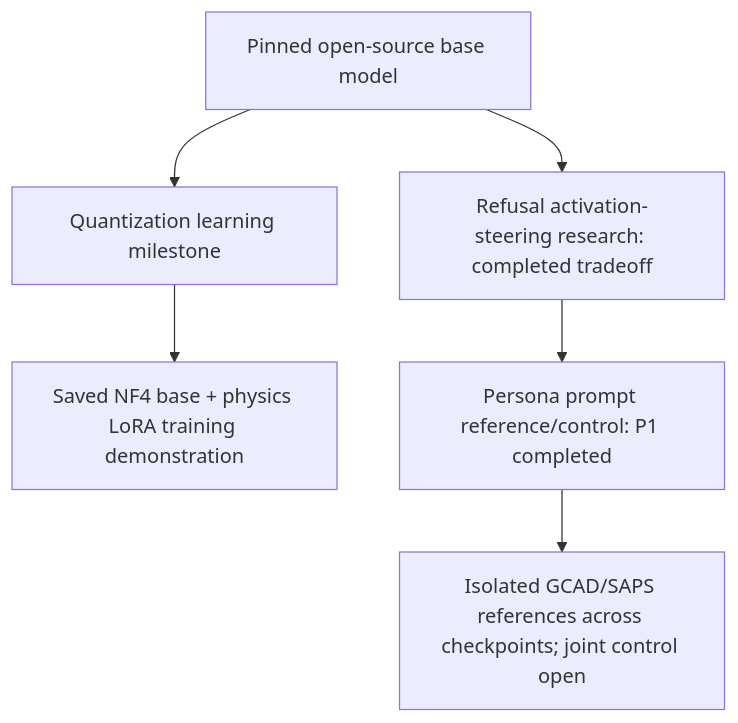
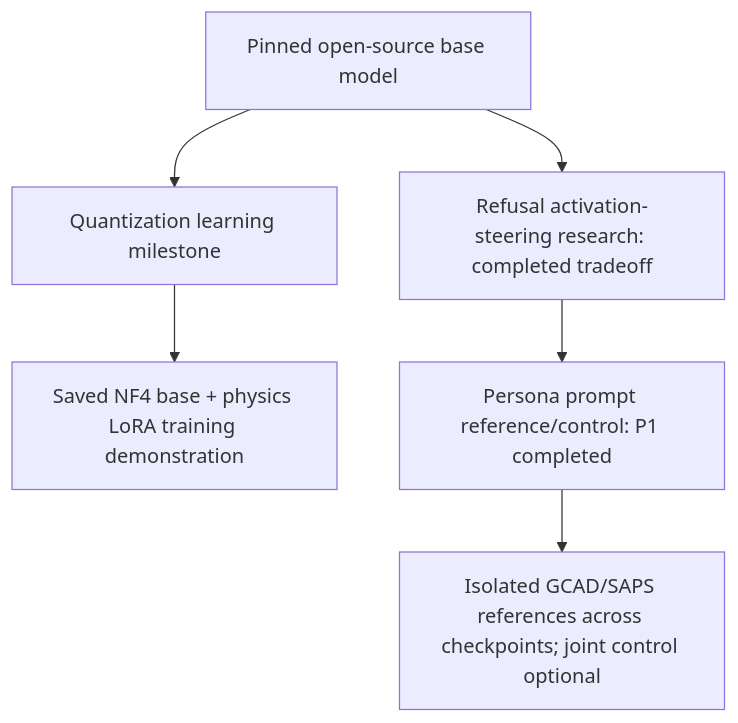
The diagram in docs/project_tracks.md (RenormalizationTech/tuneLLM), drawn with Mermaid before and after one commit. The commit also changed other lines of this file and 4 other files, not shown here.

Commit message:
Make individual trait control primary and joint tuning optional

````diff
--- a/docs/project_tracks.md
+++ b/docs/project_tracks.md
@@ -54,8 +54,8 @@
 ```mermaid
 flowchart TD
     Base["Pinned open-source base model"] --> Quant["Quantization learning milestone"]
     Quant --> Physics["Saved NF4 base + physics LoRA training demonstration"]
     Base --> Refusal["Refusal activation-steering research: completed tradeoff"]
     Refusal --> Prompt["Persona prompt reference/control: P1 completed"]
-    Prompt --> Persona["Isolated GCAD/SAPS references across checkpoints; joint control open"]
+    Prompt --> Persona["Isolated GCAD/SAPS references across checkpoints; joint control optional"]
 ```
````
